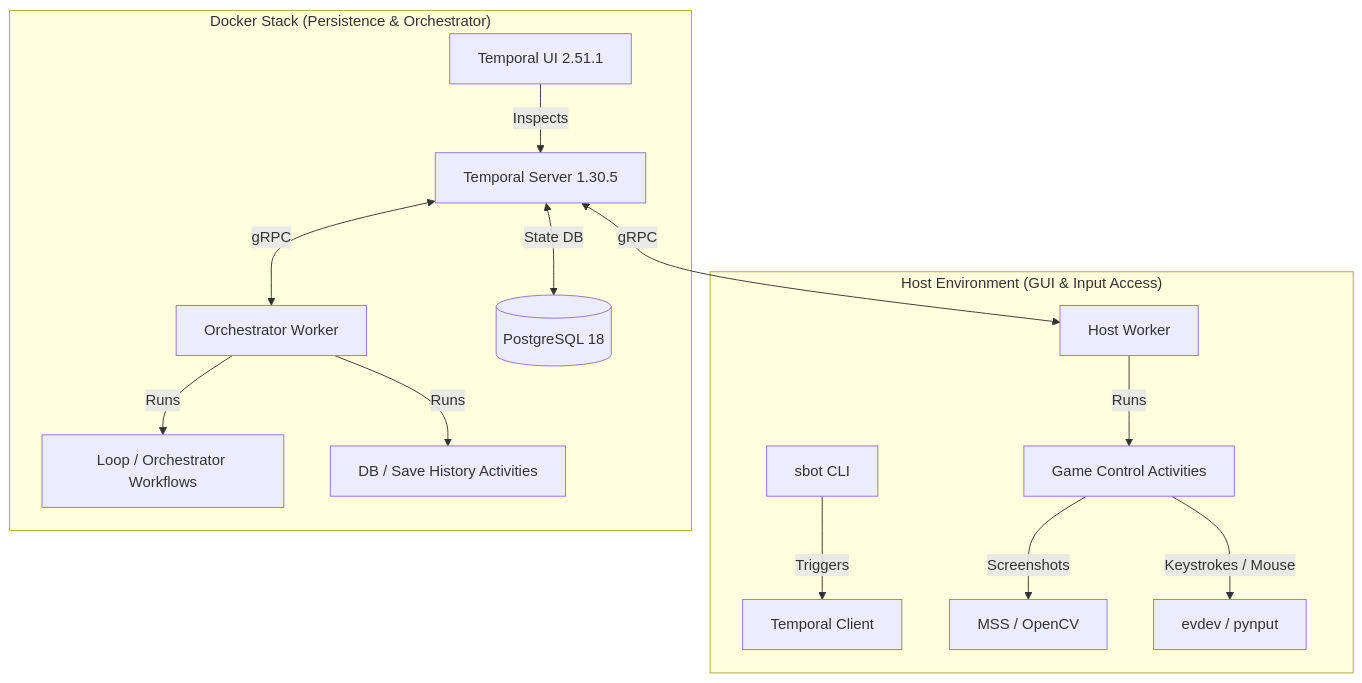
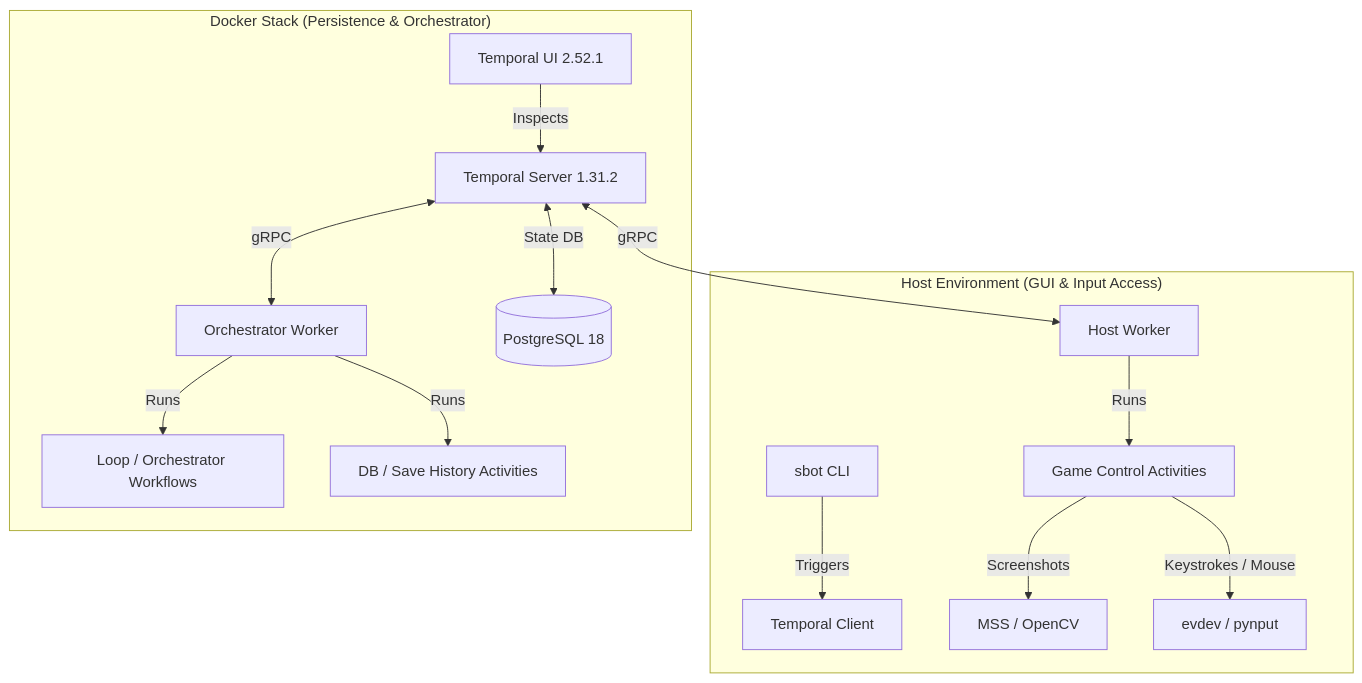
One commit to AdilsonTorres/satisfactory-ai changed the diagram in GEMINI.md. Above: the diagram before and after it, drawn with Mermaid. The commit also changed 1 other file, not shown here.

Commit message:
Upgrade Temporal Server to 1.31.2 and Temporal UI to 2.52.1 in docker-compose and documentation

````diff
--- a/GEMINI.md
+++ b/GEMINI.md
@@ -7,18 +7,18 @@
 ```mermaid
 graph TD
     subgraph Host ["Host Environment (GUI & Input Access)"]
         CLI[sbot CLI] -->|Triggers| Client[Temporal Client]
         HostWorker[Host Worker] -->|Runs| GameActivities[Game Control Activities]
         GameActivities -->|Screenshots| MSS[MSS / OpenCV]
         GameActivities -->|Keystrokes / Mouse| Evdev[evdev / pynput]
     end
 
     subgraph Docker ["Docker Stack (Persistence & Orchestrator)"]
         Orchestrator[Orchestrator Worker] -->|Runs| Workflows[Loop / Orchestrator Workflows]
         Orchestrator -->|Runs| PersistActivities[DB / Save History Activities]
-        TemporalServer[Temporal Server 1.30.5] <-->|gRPC| Orchestrator
+        TemporalServer[Temporal Server 1.31.2] <-->|gRPC| Orchestrator
         TemporalServer <-->|gRPC| HostWorker
         TemporalServer <-->|State DB| PostgreSQL[(PostgreSQL 18)]
-        TemporalUI[Temporal UI 2.51.1] -->|Inspects| TemporalServer
+        TemporalUI[Temporal UI 2.52.1] -->|Inspects| TemporalServer
     end
 ```
````
